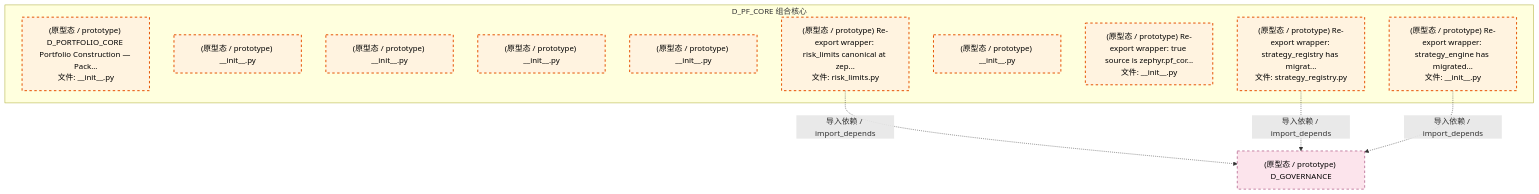
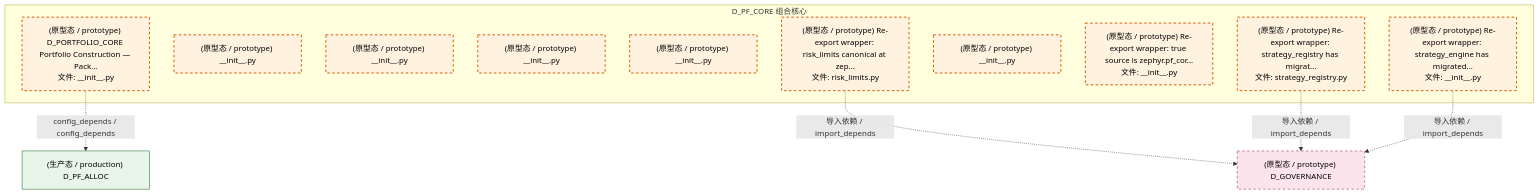
Before and after one commit to xuanFelixVan/ZephyrAlpha: the third of 4 diagrams in docs/02_enterprise_architecture/02_domain_architecture_docs/50_d_pf_core.md, drawn with Mermaid. The commit also changed other lines of this file and 112 other files, not shown here.

````diff
--- a/docs/02_enterprise_architecture/02_domain_architecture_docs/50_d_pf_core.md
+++ b/docs/02_enterprise_architecture/02_domain_architecture_docs/50_d_pf_core.md
@@ -143,25 +145,28 @@
 ```mermaid
 graph TD
     subgraph D_PF_CORE["D_PF_CORE 组合核心"]
         src_zephyr_pf_core_init_py["(原型态 / prototype) D_PORTFOLIO_CORE Portfolio Construction — Pack...<br/>文件: __init__.py"]
         src_zephyr_pf_core_extensions_init_py["(原型态 / prototype) __init__.py"]
         src_zephyr_pf_core_api_init_py["(原型态 / prototype) __init__.py"]
         src_zephyr_pf_core_core_init_py["(原型态 / prototype) __init__.py"]
         src_zephyr_pf_core_infrastructure_init_py["(原型态 / prototype) __init__.py"]
         src_zephyr_pf_core_risk_limits_py["(原型态 / prototype) Re-export wrapper: risk_limits canonical at zep...<br/>文件: risk_limits.py"]
         src_zephyr_pf_core_services_init_py["(原型态 / prototype) __init__.py"]
         src_zephyr_pf_core_strategies_init_py["(原型态 / prototype) Re-export wrapper: true source is zephyr.pf_cor...<br/>文件: __init__.py"]
         src_zephyr_pf_core_strategy_engine_init_py["(原型态 / prototype) Re-export wrapper: strategy_engine has migrated...<br/>文件: __init__.py"]
         src_zephyr_pf_core_strategy_registry_py["(原型态 / prototype) Re-export wrapper: strategy_registry has migrat...<br/>文件: strategy_registry.py"]
     end
     D_GOVERNANCE["(原型态 / prototype) D_GOVERNANCE"]
     src_zephyr_pf_core_risk_limits_py -.->|导入依赖 / import_depends| D_GOVERNANCE
     src_zephyr_pf_core_strategy_registry_py -.->|导入依赖 / import_depends| D_GOVERNANCE
+    D_PF_ALLOC["(生产态 / production) D_PF_ALLOC"]
+    src_zephyr_pf_core_init_py -.->|config_depends / config_depends| D_PF_ALLOC
     src_zephyr_pf_core_strategy_engine_init_py -.->|导入依赖 / import_depends| D_GOVERNANCE
     classDef production fill:#e1f5fe,stroke:#01579b,stroke-width:2px,color:#000
     classDef design fill:#fff3e0,stroke:#e65100,stroke-width:2px,color:#000,stroke-dasharray: 5 5
     classDef external_prod fill:#e8f5e9,stroke:#1b5e20,stroke-width:1px,color:#000
     classDef external_design fill:#fce4ec,stroke:#880e4f,stroke-width:1px,color:#000,stroke-dasharray: 5 5
     class src_zephyr_pf_core_init_py,src_zephyr_pf_core_extensions_init_py,src_zephyr_pf_core_api_init_py,src_zephyr_pf_core_core_init_py,src_zephyr_pf_core_infrastructure_init_py,src_zephyr_pf_core_risk_limits_py,src_zephyr_pf_core_services_init_py,src_zephyr_pf_core_strategies_init_py,src_zephyr_pf_core_strategy_engine_init_py,src_zephyr_pf_core_strategy_registry_py design
+    class D_PF_ALLOC external_prod
     class D_GOVERNANCE external_design
 ```
````
